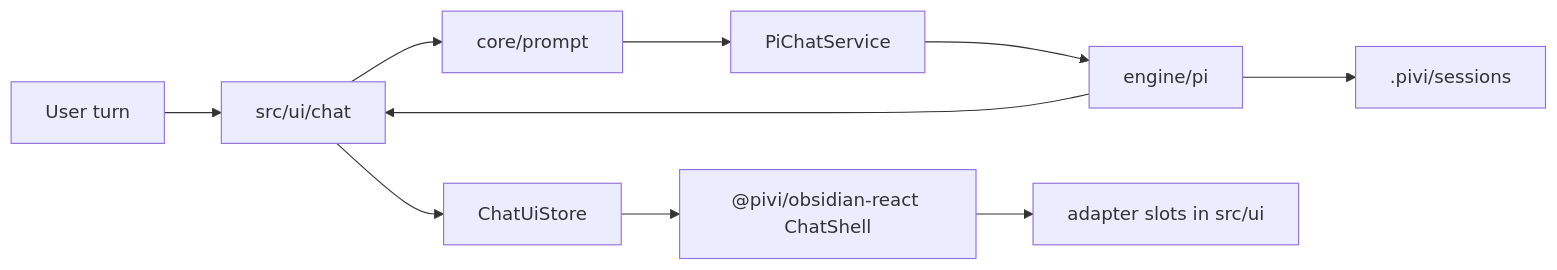
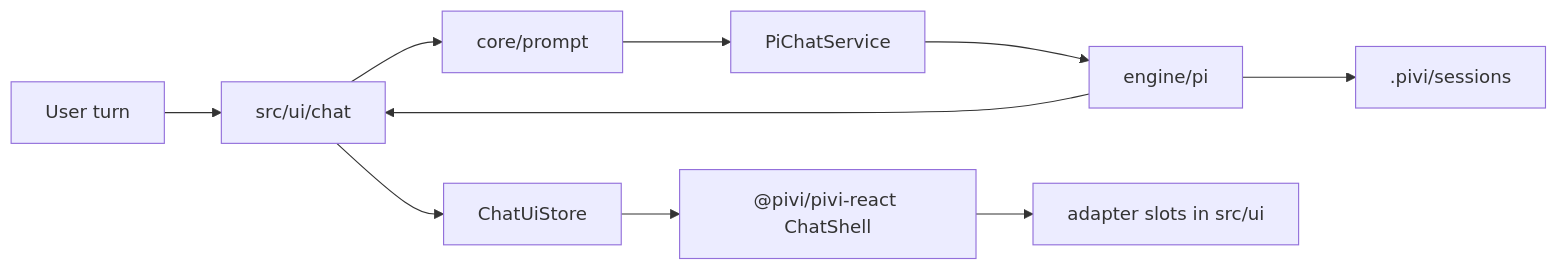
One commit to shuuul/obsidian-pivi changed the third of 4 diagrams in AGENTS.md. Above: the diagram before and after it, drawn with Mermaid. The commit also changed other lines of this file and 290 other files, not shown here.

First line of the commit message:
refactor(architecture): make React UI product-owned

````diff
--- a/AGENTS.md
+++ b/AGENTS.md
@@ -186,12 +187,12 @@
 ```mermaid
 flowchart LR
   User["User turn"] --> ChatRt["src/ui/chat"]
   ChatRt --> Prompt["core/prompt"]
   Prompt --> Service["PiChatService"]
   Service --> Engine["engine/pi"]
   Engine --> ChatRt
   ChatRt --> Store["ChatUiStore"]
-  Store --> Shell["@pivi/obsidian-react ChatShell"]
+  Store --> Shell["@pivi/pivi-react ChatShell"]
   Shell --> Adapters["adapter slots in src/ui"]
   Engine --> Session[".pivi/sessions"]
 ```
````
